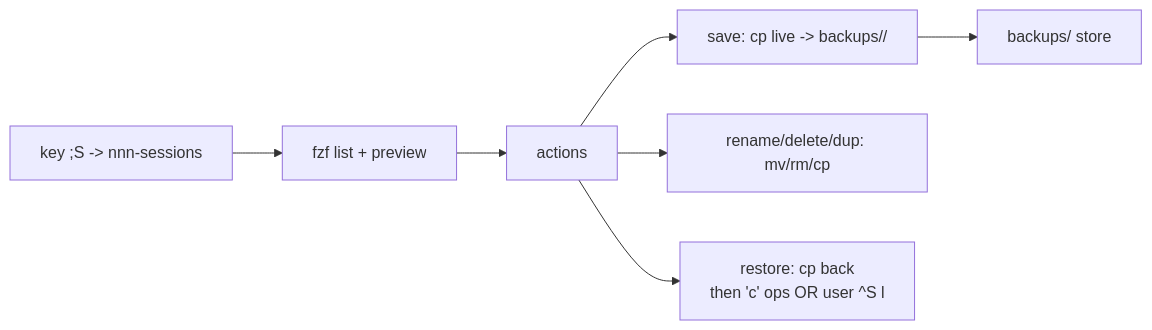
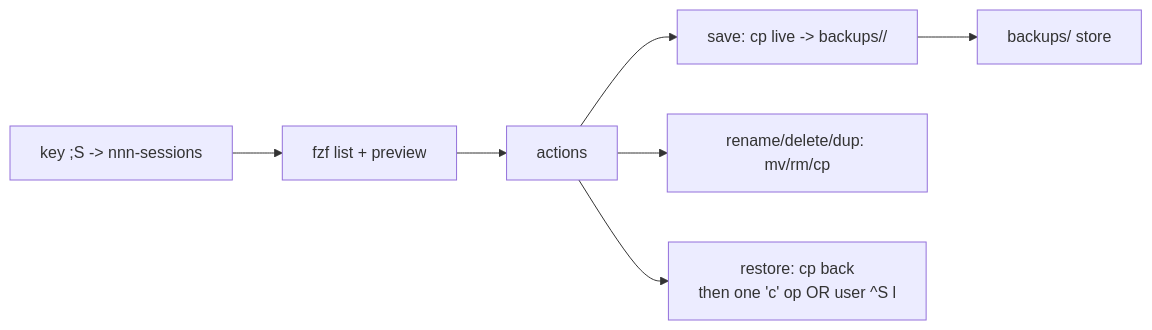
One commit to techcaotri/nnn changed the sixth of 16 diagrams in docs/Brainstorm_nnn_Support_Sessions_Management.md. Above: the diagram before and after it, drawn with Mermaid. The commit also changed other lines of this file and 7 other files, not shown here.

````diff
--- a/docs/Brainstorm_nnn_Support_Sessions_Management.md
+++ b/docs/Brainstorm_nnn_Support_Sessions_Management.md
@@ -290,10 +316,10 @@
 ```mermaid
 %% Approach A: everything at the file level, no C changes
 flowchart LR
     Key["key #59;S -> nnn-sessions"] --> Fzf["fzf list + preview"]
     Fzf --> Act["actions"]
     Act --> Save["save: cp live -> backups/<name>/<ts>"]
     Act --> Ren["rename/delete/dup: mv/rm/cp"]
-    Act --> Restore["restore: cp back<br/>then 'c' ops OR user ^S l"]
+    Act --> Restore["restore: cp back<br/>then one 'c' op OR user ^S l"]
     Save --> Store["backups/ store"]
 ```
````
